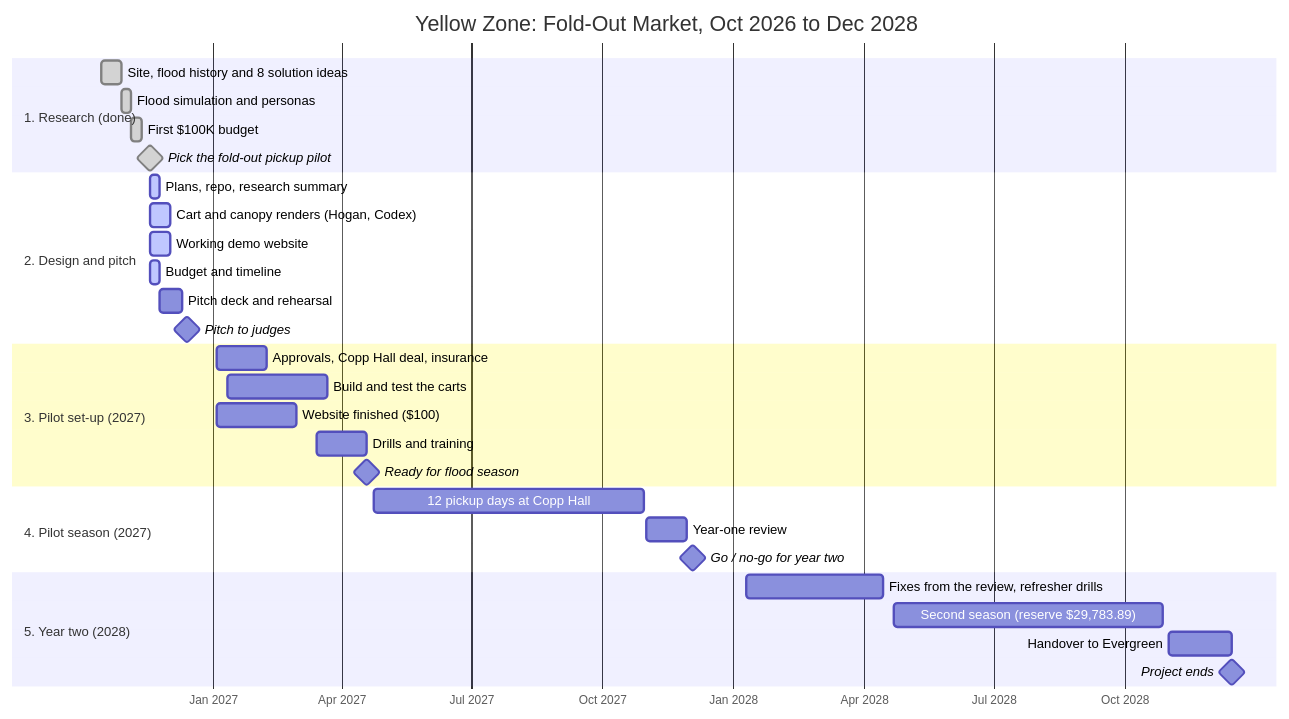
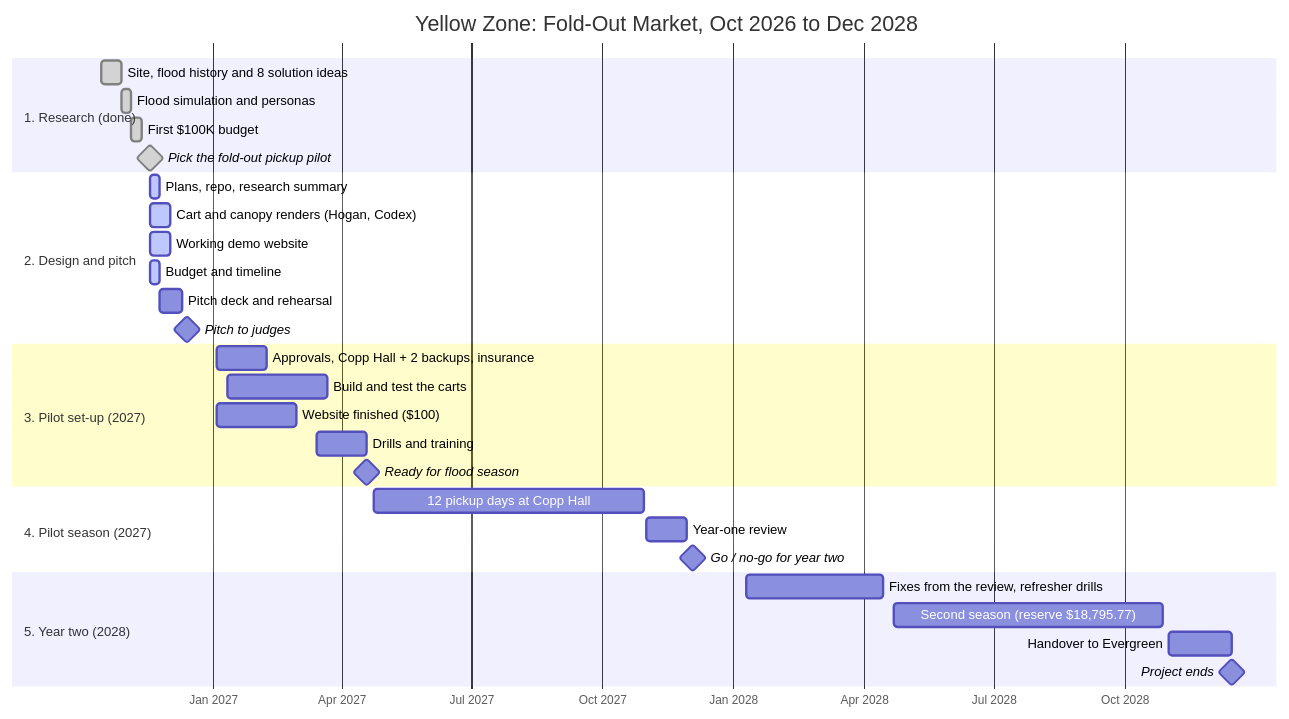
Before and after one commit to ethan-gobi/1UP-App: the diagram in docs/TIMELINE.md, drawn with Mermaid. The commit also changed other lines of this file and 3 other files, not shown here.

````diff
--- a/docs/TIMELINE.md
+++ b/docs/TIMELINE.md
@@ -10,39 +10,39 @@
 ```mermaid
 gantt
     title Yellow Zone: Fold-Out Market, Oct 2026 to Dec 2028
     dateFormat YYYY-MM-DD
     axisFormat %b %Y
     todayMarker off
 
     section 1. Research (done)
     Site, flood history and 8 solution ideas  :done, r1, 2026-10-15, 2026-10-29
     Flood simulation and personas             :done, r2, 2026-10-29, 2026-11-05
     First $100K budget                        :done, r3, 2026-11-05, 2026-11-12
     Pick the fold-out pickup pilot            :milestone, done, m0, 2026-11-18, 0d
 
     section 2. Design and pitch
     Plans, repo, research summary             :active, p1, 2026-11-18, 2026-11-25
     Cart and canopy renders (Hogan, Codex)    :active, p2, 2026-11-18, 2026-12-02
     Working demo website                      :active, p3, 2026-11-18, 2026-12-02
     Budget and timeline                       :active, p4, 2026-11-18, 2026-11-25
     Pitch deck and rehearsal                  :p5, 2026-11-25, 2026-12-11
     Pitch to judges                           :milestone, m1, 2026-12-14, 0d
 
     section 3. Pilot set-up (2027)
-    Approvals, Copp Hall deal, insurance      :a1, 2027-01-04, 5w
+    Approvals, Copp Hall + 2 backups, insurance :a1, 2027-01-04, 5w
     Build and test the carts                  :a2, 2027-01-11, 10w
     Website finished ($100)                   :a3, 2027-01-04, 8w
     Drills and training                       :a4, 2027-03-15, 5w
     Ready for flood season                    :milestone, m2, 2027-04-19, 0d
 
     section 4. Pilot season (2027)
     12 pickup days at Copp Hall               :b1, 2027-04-24, 2027-10-30
     Year-one review                           :b2, 2027-11-01, 4w
     Go / no-go for year two                   :milestone, m3, 2027-12-03, 0d
 
     section 5. Year two (2028)
     Fixes from the review, refresher drills   :c1, 2028-01-10, 2028-04-15
-    Second season (reserve $29,783.89)        :c2, 2028-04-22, 2028-10-28
+    Second season (reserve $18,795.77)        :c2, 2028-04-22, 2028-10-28
     Handover to Evergreen                     :c3, 2028-11-01, 2028-12-15
     Project ends                              :milestone, m4, 2028-12-15, 0d
 ```
````
